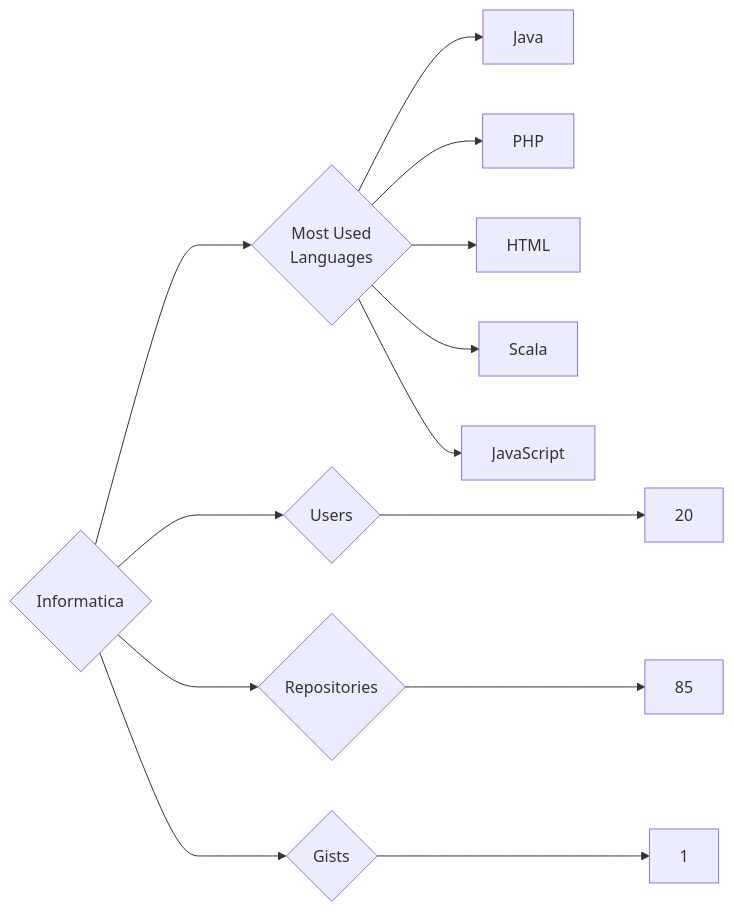
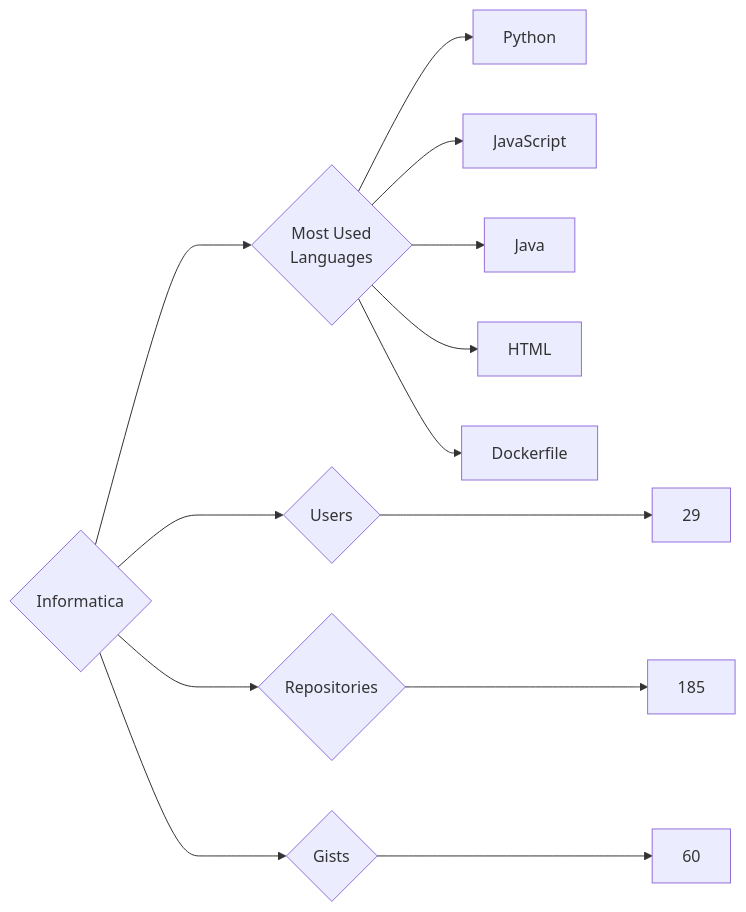
The diagram in targets/Informatica/README.md (trickest/insiders), drawn with Mermaid before and after one commit. The commit also changed 914 other files, not shown here.

````diff
--- a/targets/Informatica/README.md
+++ b/targets/Informatica/README.md
@@ -3,13 +3,13 @@
 ```mermaid
 graph LR
 COMPANY_NAME{Informatica}
-COMPANY_NAME ---> U{Users} ---> UN[20]
-COMPANY_NAME ---> R{Repositories} ---> RN[85]
-COMPANY_NAME ---> G{Gists} ---> GN[1]
+COMPANY_NAME ---> U{Users} ---> UN[29]
+COMPANY_NAME ---> R{Repositories} ---> RN[185]
+COMPANY_NAME ---> G{Gists} ---> GN[60]
 COMPANY_NAME ---> ML{Most Used<br>Languages}
+ML --> Python[Python]
+ML --> JavaScript[JavaScript]
 ML --> Java[Java]
-ML --> PHP[PHP]
 ML --> HTML[HTML]
-ML --> Scala[Scala]
-ML --> JavaScript[JavaScript]
+ML --> Dockerfile[Dockerfile]
 ```
````
